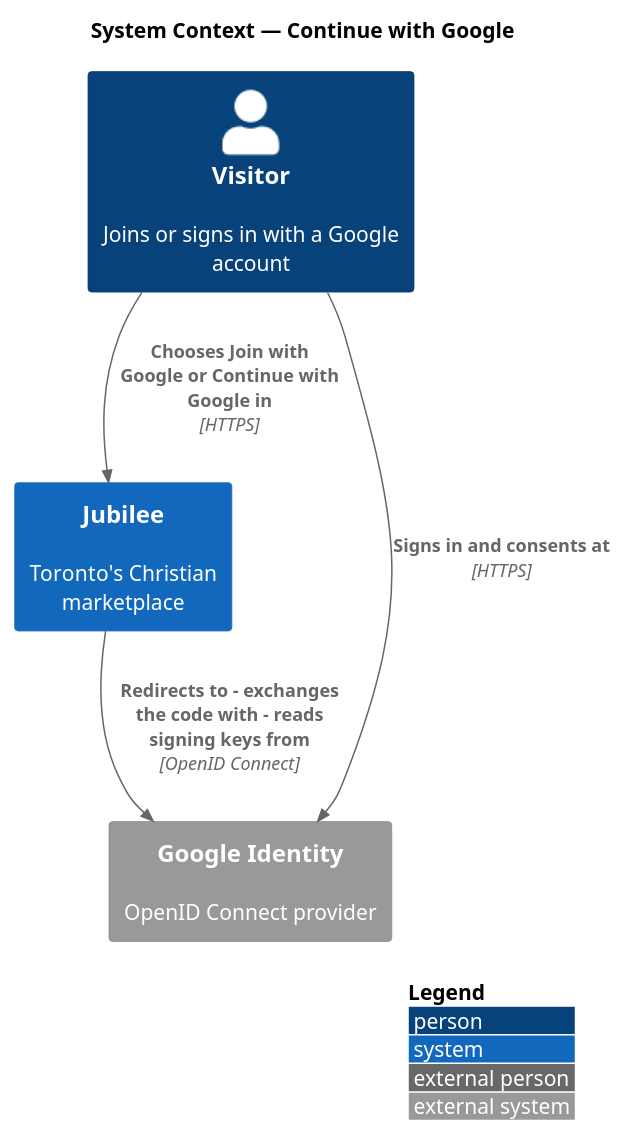
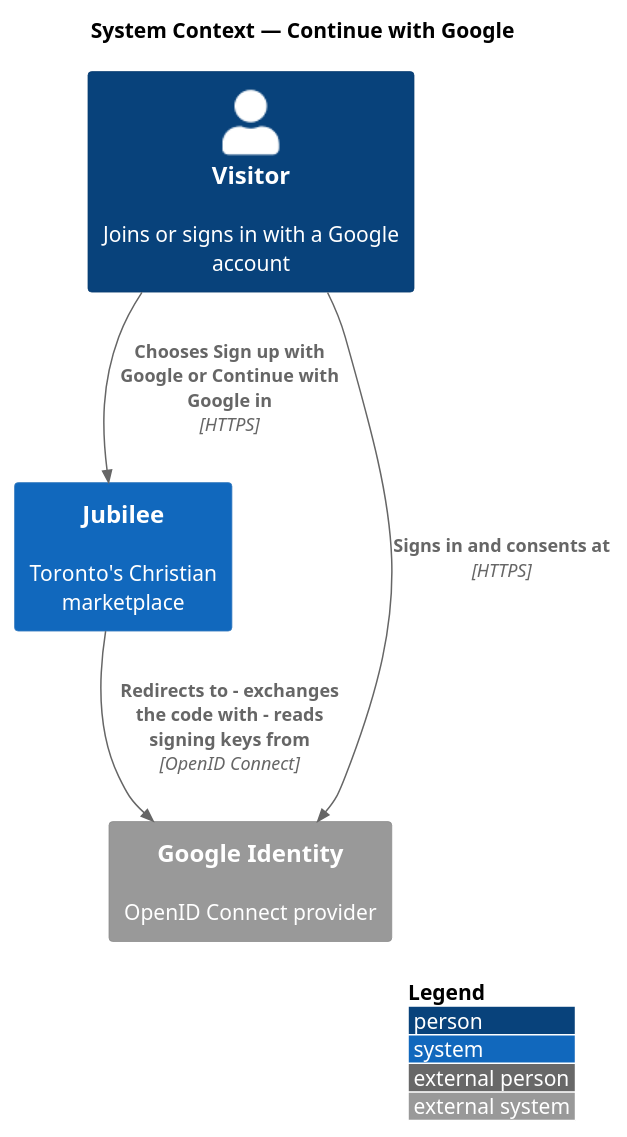
One commit to QuinntyneBrown/jubilee changed the diagram in docs/detailed-designs/accounts/continue-with-google/diagrams/c4-context.puml. Above: the diagram before and after it, drawn with PlantUML. The commit also changed 31 other files, not shown here.

```diff
--- a/docs/detailed-designs/accounts/continue-with-google/diagrams/c4-context.puml
+++ b/docs/detailed-designs/accounts/continue-with-google/diagrams/c4-context.puml
@@ -1,13 +1,13 @@
 @startuml
 !include <C4/C4_Context>
 LAYOUT_WITH_LEGEND()
 title System Context — Continue with Google
 
 Person(visitor, "Visitor", "Joins or signs in with a Google account")
 System(jubilee, "Jubilee", "Toronto's Christian marketplace")
 System_Ext(google, "Google Identity", "OpenID Connect provider")
 
-Rel(visitor, jubilee, "Chooses Join with Google or Continue with Google in", "HTTPS")
+Rel(visitor, jubilee, "Chooses Sign up with Google or Continue with Google in", "HTTPS")
 Rel(visitor, google, "Signs in and consents at", "HTTPS")
 Rel(jubilee, google, "Redirects to - exchanges the code with - reads signing keys from", "OpenID Connect")
 @enduml
```
